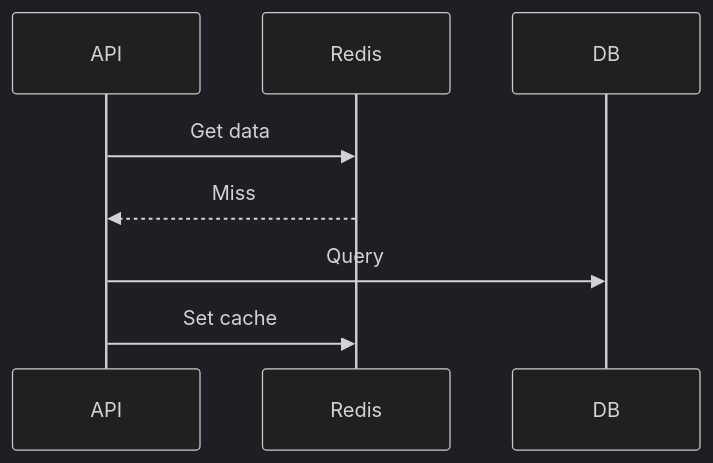
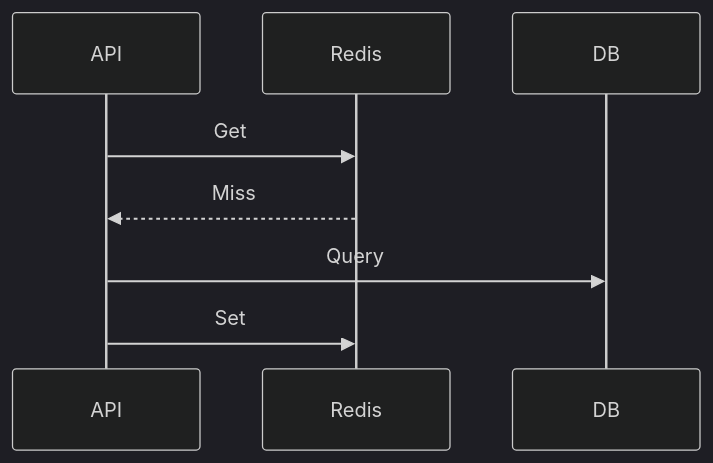
The third of 4 diagrams in Daily Knowledge Sharing/2026-08-18-1056.md (hakodev2k/Daily-OpenAI), drawn with Mermaid (dark theme) before and after one commit. The commit also changed other lines of this file, not shown here.

````diff
--- a/Daily Knowledge Sharing/2026-08-18-1056.md
+++ b/Daily Knowledge Sharing/2026-08-18-1056.md
@@ -256,7 +196,7 @@
 ```mermaid
 sequenceDiagram
-API->>Redis: Get data
+API->>Redis: Get
 Redis-->>API: Miss
 API->>DB: Query
-API->>Redis: Set cache
+API->>Redis: Set
 ```
````
